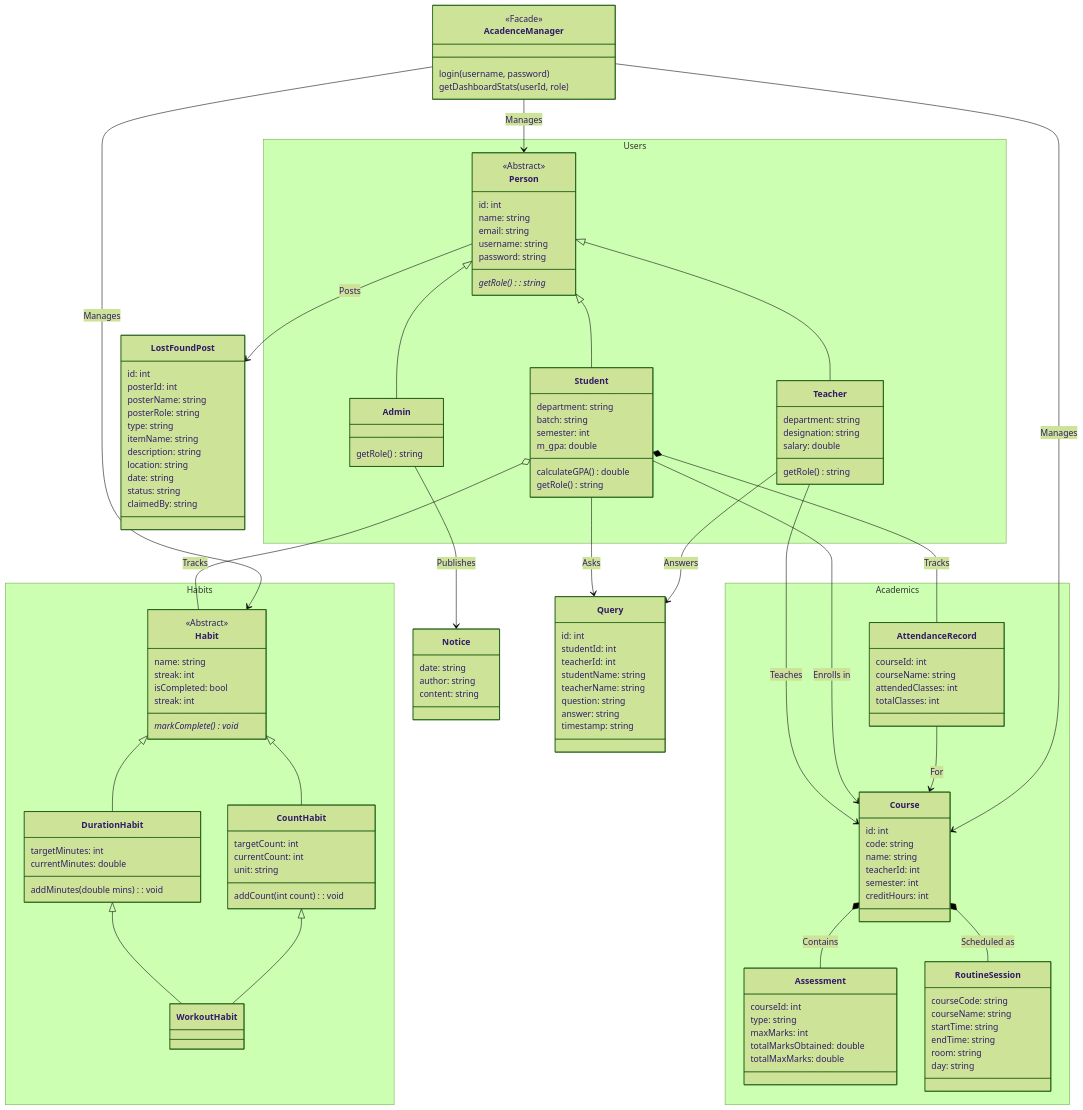
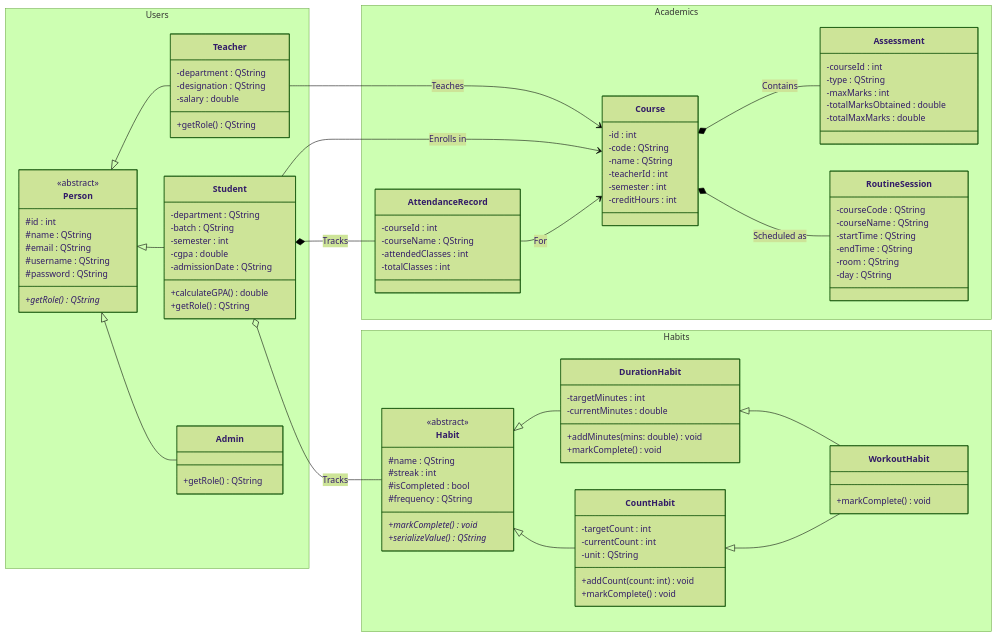
The second of 4 diagrams in uml.md (SilentCipher-Star/CSE-4302-Project), drawn with Mermaid (forest theme) before and after one commit. The commit also changed other lines of this file and 2 other files, not shown here.

Commit message:
modified:   uml.md

````diff
--- a/uml.md
+++ b/uml.md
@@ -3,47 +123,41 @@
 ```mermaid
 classDiagram
 
-%% direction LR
+direction LR
 
-    class AcadenceManager {
-        <<Facade>>
-        login(username, password)
-        getDashboardStats(userId, role)
-    }
 
-%% --- Academics Subsystem ---
 namespace Academics {
     class Course {
-        id: int
-        code: string
-        name: string
-        teacherId: int
-        semester: int
-        creditHours: int
+        -id : int
+        -code : QString
+        -name : QString
+        -teacherId : int
+        -semester : int
+        -creditHours : int
     }
 
     class Assessment {
-        courseId: int
-        type: string
-        maxMarks: int
-        totalMarksObtained: double
-        totalMaxMarks: double
+        -courseId : int
+        -type : QString
+        -maxMarks : int
+        -totalMarksObtained : double
+        -totalMaxMarks : double
     }
 
     class AttendanceRecord {
-        courseId: int
-        courseName: string
-        attendedClasses: int
-        totalClasses: int
+        -courseId : int
+        -courseName : QString
+        -attendedClasses : int
+        -totalClasses : int
     }
 
     class RoutineSession {
-        courseCode: string
-        courseName: string
-        startTime: string
-        endTime: string
-        room: string
-        day: string
+        -courseCode : QString
+        -courseName : QString
+        -startTime : QString
+        -endTime : QString
+        -room : QString
+        -day : QString
     }
 }
 
@@ -51,33 +165,34 @@
 namespace Users {
 
     class Person {
-        <<Abstract>>
-        id: int
-        name: string
-        email: string
-        username: string
-        password: string
-        getRole()* : string
+        <<abstract>>
+        #id : int
+        #name : QString
+        #email : QString
+        #username : QString
+        #password : QString
+        +getRole()* QString
     }
 
     class Student {
-        department: string
-        batch: string
-        semester: int
-        m_gpa: double
-        calculateGPA() double
-        getRole() string
+        -department : QString
+        -batch : QString
+        -semester : int
+        -cgpa : double
+        -admissionDate : QString
+        +calculateGPA() double
+        +getRole() QString
     }
 
     class Teacher {
-        department: string
-        designation: string
-        salary: double
-        getRole() string
+        -department : QString
+        -designation : QString
+        -salary : double
+        +getRole() QString
     }
 
     class Admin {
-        getRole() string
+        +getRole() QString
     }
 }
 
@@ -86,28 +201,32 @@
 namespace Habits {
 
     class Habit {
-        <<Abstract>>
-        name: string
-        streak: int
-        isCompleted: bool
-        streak: int
-        markComplete()* void
+        <<abstract>>
+        #name : QString
+        #streak : int
+        #isCompleted : bool
+        #frequency : QString
+        +markComplete()* void
+        +serializeValue()* QString
     }
 
     class DurationHabit {
-        targetMinutes: int
-        currentMinutes: double
-        addMinutes(double mins): void
+        -targetMinutes : int
+        -currentMinutes : double
+        +addMinutes(mins: double) void
+        +markComplete() void
     }
 
     class CountHabit {
-        targetCount: int
-        currentCount: int
-        unit: string
-        addCount(int count): void
+        -targetCount : int
+        -currentCount : int
+        -unit : QString
+        +addCount(count: int) void
+        +markComplete() void
     }
 
     class WorkoutHabit {
+        +markComplete() void
     }
 
 }
@@ -132,50 +251,4 @@
 CountHabit <|-- WorkoutHabit
 Student o-- Habit : Tracks
 
-%% Facade Relationships
-AcadenceManager --> Person : Manages
-AcadenceManager --> Course : Manages
-AcadenceManager --> Habit : Manages
-
-
-
-%% --- Community Subsystem ---
-
-    class Notice {
-        date: string
-        author: string
-        content: string
-    }
-
-    class Query {
-        id: int
-        studentId: int
-        teacherId: int
-        studentName: string
-        teacherName: string
-        question: string
-        answer: string
-        timestamp: string
-    }
-
-    class LostFoundPost {
-        id: int
-        posterId: int
-        posterName: string
-        posterRole: string
-        type: string
-        itemName: string
-        description: string
-        location: string
-        date: string
-        status: string
-        claimedBy: string
-    }
-
-%% Community Relationships
-Person --> LostFoundPost : Posts
-Student --> Query : Asks
-Teacher --> Query : Answers
-Admin --> Notice : Publishes
-
 ```
````
